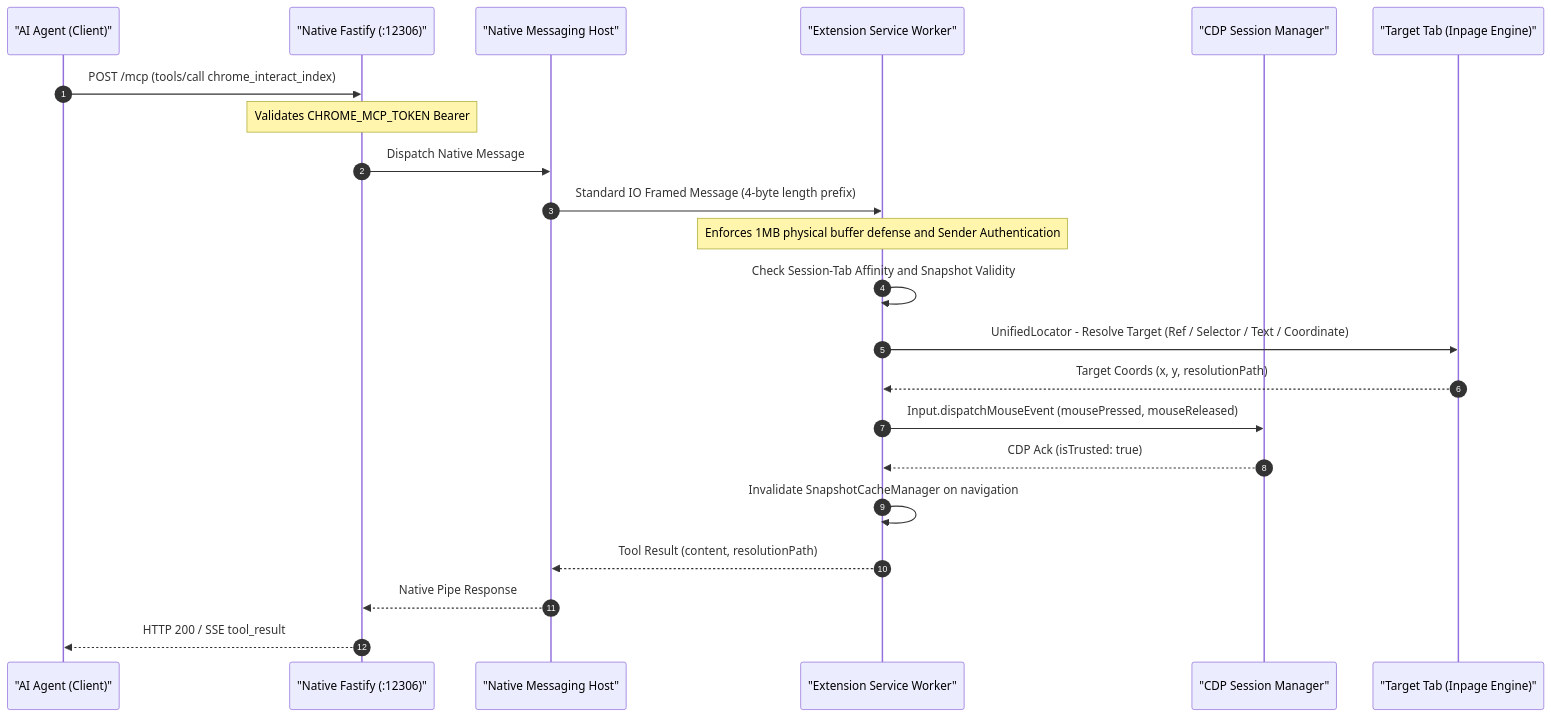
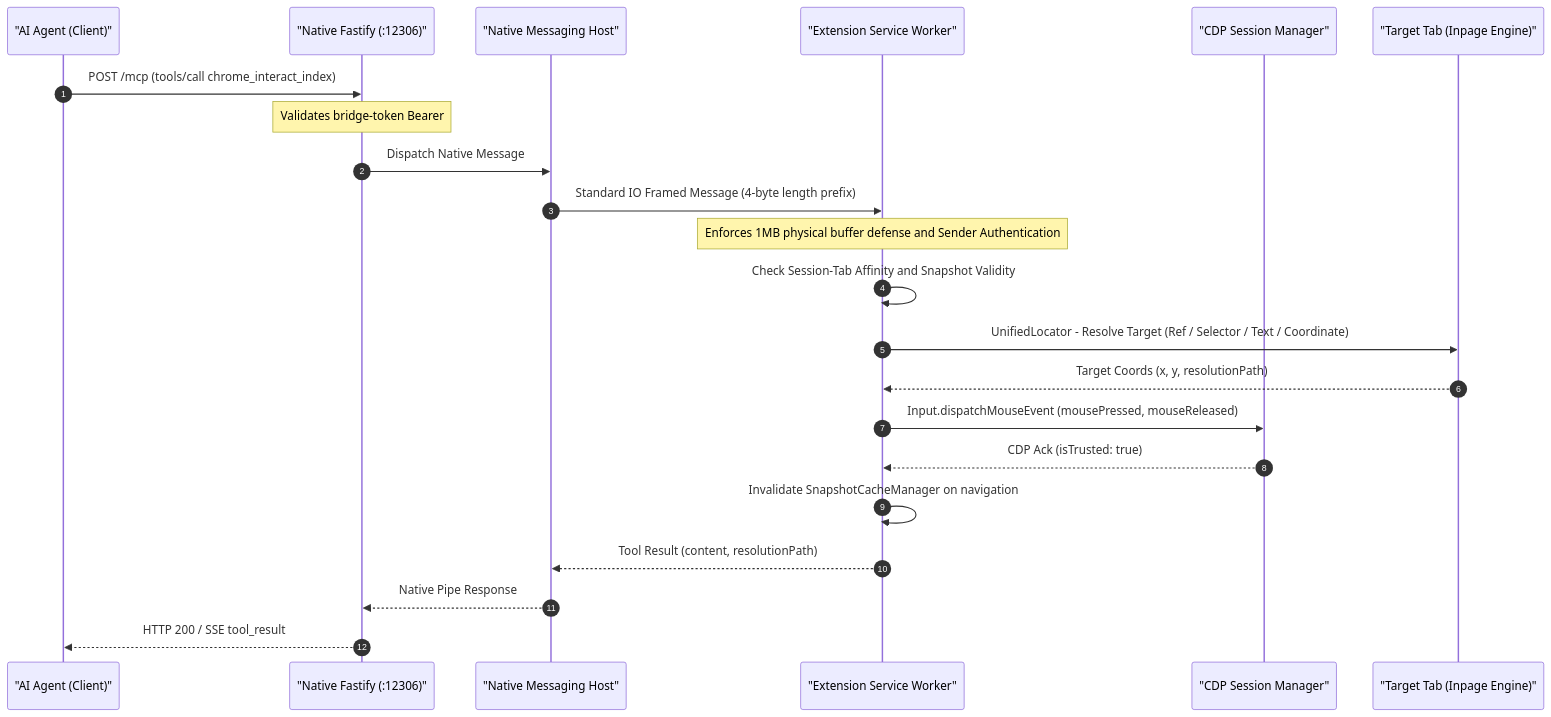
The third of 4 diagrams in docs/ARCHITECTURE.md (GoldenLoaf24h/browserpaw), drawn with Mermaid before and after one commit. The commit also changed 30 other files, not shown here.

````diff
--- a/docs/ARCHITECTURE.md
+++ b/docs/ARCHITECTURE.md
@@ -101,25 +101,25 @@
 ```mermaid
 sequenceDiagram
     autonumber
     participant Agent as "AI Agent (Client)"
     participant Fastify as "Native Fastify (:12306)"
     participant Host as "Native Messaging Host"
     participant SW as "Extension Service Worker"
     participant CDP as "CDP Session Manager"
     participant InPage as "Target Tab (Inpage Engine)"
 
     Agent->>Fastify: POST /mcp (tools/call chrome_interact_index)
-    Note over Fastify: Validates CHROME_MCP_TOKEN Bearer
+    Note over Fastify: Validates bridge-token Bearer
     Fastify->>Host: Dispatch Native Message
     Host->>SW: Standard IO Framed Message (4-byte length prefix)
     Note over SW: Enforces 1MB physical buffer defense and Sender Authentication
     SW->>SW: Check Session-Tab Affinity and Snapshot Validity
     SW->>InPage: UnifiedLocator - Resolve Target (Ref / Selector / Text / Coordinate)
     InPage-->>SW: Target Coords (x, y, resolutionPath)
     SW->>CDP: Input.dispatchMouseEvent (mousePressed, mouseReleased)
     CDP-->>SW: CDP Ack (isTrusted: true)
     SW->>SW: Invalidate SnapshotCacheManager on navigation
     SW-->>Host: Tool Result (content, resolutionPath)
     Host-->>Fastify: Native Pipe Response
     Fastify-->>Agent: HTTP 200 / SSE tool_result
 ```
````
